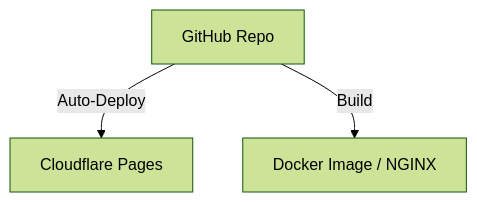
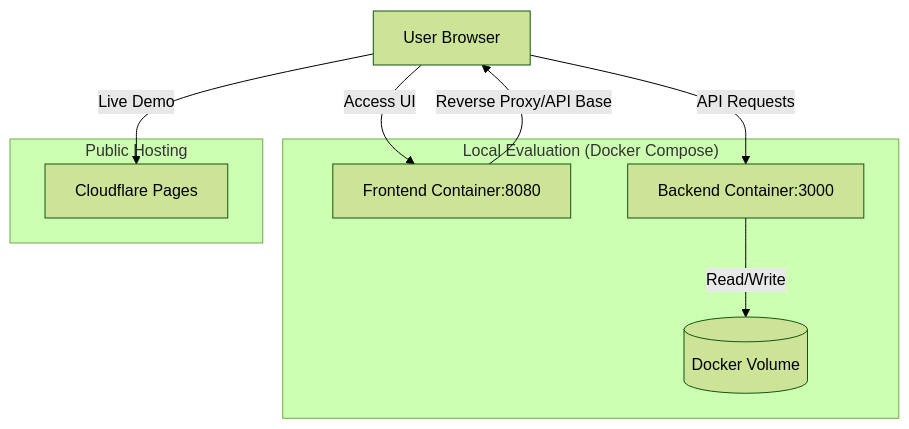
The third of 3 diagrams in docs/ARCHITECTURE.md (OmarIUBH/software-engineering-project), drawn with Mermaid (forest theme) before and after one commit. The commit also changed other lines of this file and 9 other files, not shown here.

Commit message:
Refine requirements, remove phase mentions, and update architecture for full-stack implementation

````diff
--- a/docs/ARCHITECTURE.md
+++ b/docs/ARCHITECTURE.md
@@ -54,9 +71,20 @@
 ```mermaid
 graph TD
-    Repo[GitHub Repo]
-    CF[Cloudflare Pages]
-    Docker[Docker Image / NGINX]
+    UserDevice[User Browser]
+    
+    subgraph "Local Evaluation (Docker Compose)"
+        NGINX[Frontend Container:8080]
+        Express[Backend Container:3000]
+        DataVol[(Docker Volume)]
+    end
 
-    Repo -->|Auto-Deploy| CF
-    Repo -->|Build| Docker
+    subgraph "Public Hosting"
+        CF[Cloudflare Pages]
+    end
+
+    UserDevice -->|Access UI| NGINX
+    UserDevice -->|Live Demo| CF
+    NGINX -->|Reverse Proxy/API Base| UserDevice
+    UserDevice -->|API Requests| Express
+    Express -->|Read/Write| DataVol
 ```
````
